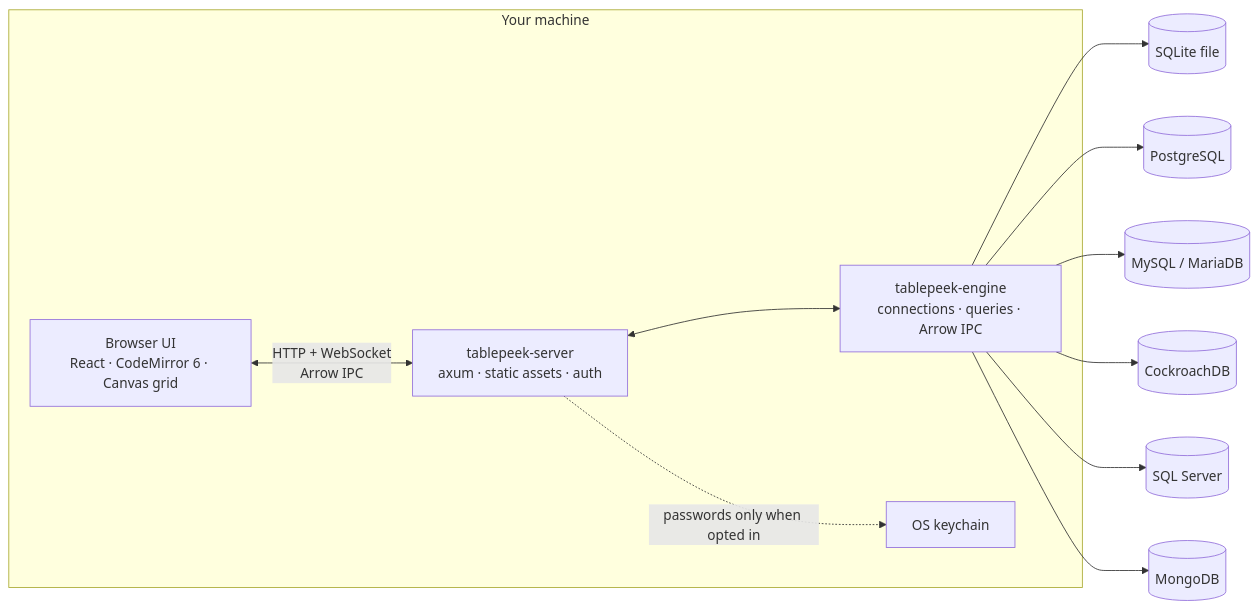
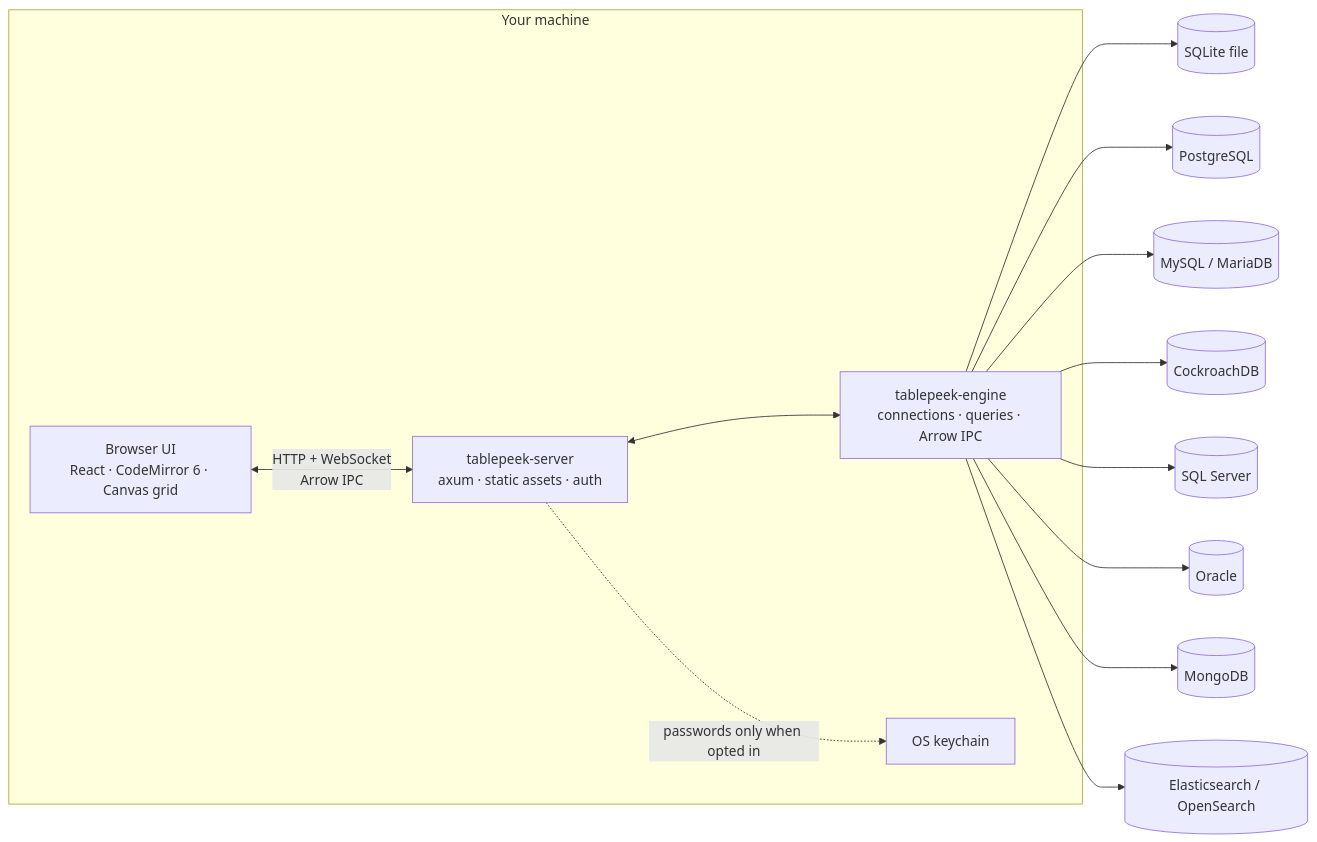
Before and after one commit to Extransload/TablePeek: the diagram in README.md, drawn with Mermaid. The commit also changed other lines of this file and 345 other files, not shown here.

````diff
--- a/README.md
+++ b/README.md
@@ -261,20 +271,22 @@
 ```mermaid
 flowchart LR
   subgraph Machine["Your machine"]
     UI["Browser UI<br/>React · CodeMirror 6 · Canvas grid"]
     SERVER["tablepeek-server<br/>axum · static assets · auth"]
     ENGINE["tablepeek-engine<br/>connections · queries · Arrow IPC"]
     KEYCHAIN["OS keychain"]
 
     UI <-->|"HTTP + WebSocket<br/>Arrow IPC"| SERVER
     SERVER <--> ENGINE
     SERVER -.->|"passwords only when opted in"| KEYCHAIN
   end
 
   ENGINE --> SQLITE[("SQLite file")]
   ENGINE --> PG[("PostgreSQL")]
   ENGINE --> MYSQL[("MySQL / MariaDB")]
   ENGINE --> CRDB[("CockroachDB")]
   ENGINE --> MSSQL[("SQL Server")]
+  ENGINE --> ORACLE[("Oracle")]
   ENGINE --> MONGO[("MongoDB")]
+  ENGINE --> ES[("Elasticsearch / OpenSearch")]
 ```
````
